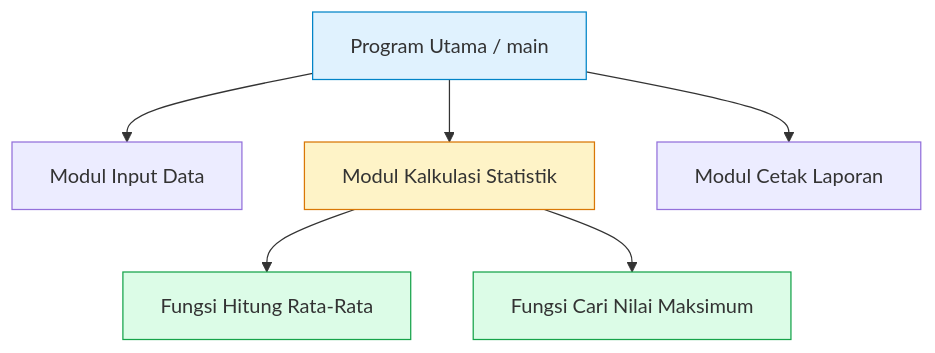
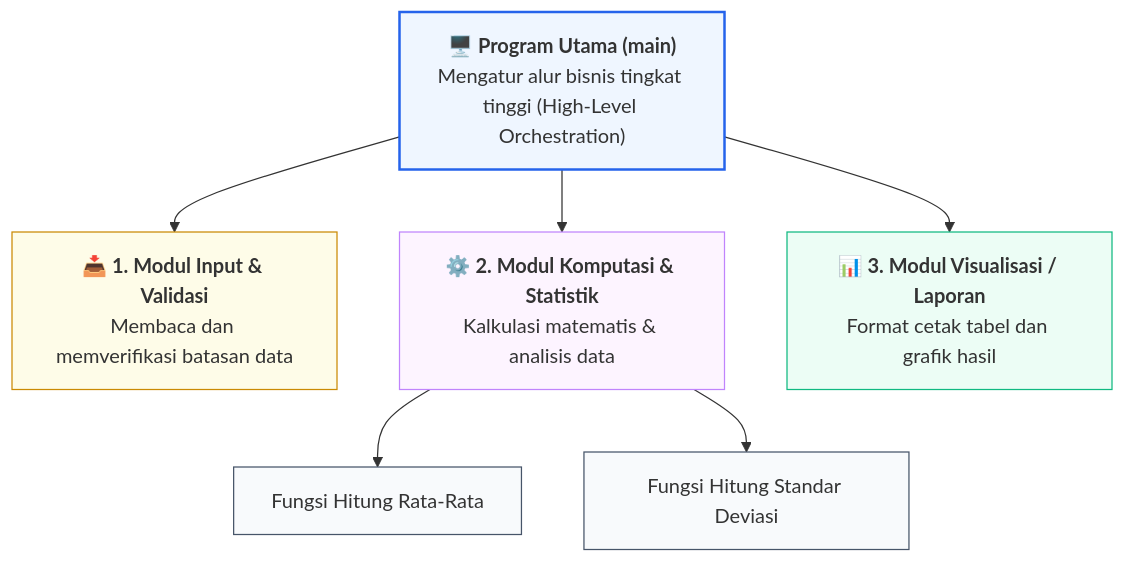
Before and after one commit to mahendaruui/Perkuliahan: the first of 3 diagrams in docs/algoritma-pemrograman/fungsi-prosedur.md, drawn with Mermaid. The commit also changed other lines of this file and 12 other files, not shown here.

````diff
--- a/docs/algoritma-pemrograman/fungsi-prosedur.md
+++ b/docs/algoritma-pemrograman/fungsi-prosedur.md
@@ -15,12 +18,18 @@
 ```mermaid
-graph TD
-    Main[Program Utama / main] --> Mod1[Modul Input Data]
-    Main --> Mod2[Modul Kalkulasi Statistik]
-    Main --> Mod3[Modul Cetak Laporan]
-    Mod2 --> Sub1[Fungsi Hitung Rata-Rata]
-    Mod2 --> Sub2[Fungsi Cari Nilai Maksimum]
-    style Main fill:#e0f2fe,stroke:#0284c7
-    style Mod2 fill:#fef3c7,stroke:#d97706
-    style Sub1 fill:#dcfce7,stroke:#16a34a
-    style Sub2 fill:#dcfce7,stroke:#16a34a
+flowchart TD
+    Main["🖥️ <b>Program Utama (main)</b><br>Mengatur alur bisnis tingkat tinggi (High-Level Orchestration)"]
+    --> ModInput["📥 <b>1. Modul Input & Validasi</b><br>Membaca dan memverifikasi batasan data"]
+    
+    Main --> ModCompute["⚙️ <b>2. Modul Komputasi & Statistik</b><br>Kalkulasi matematis & analisis data"]
+    --> SubAvg["Fungsi Hitung Rata-Rata"]
+    ModCompute --> SubDev["Fungsi Hitung Standar Deviasi"]
+
+    Main --> ModReport["📊 <b>3. Modul Visualisasi / Laporan</b><br>Format cetak tabel dan grafik hasil"]
+
+    style Main fill:#eff6ff,stroke:#2563eb,stroke-width:2px
+    style ModInput fill:#fefce8,stroke:#ca8a04,stroke-width:1px
+    style ModCompute fill:#fdf4ff,stroke:#c084fc,stroke-width:1px
+    style ModReport fill:#ecfdf5,stroke:#10b981,stroke-width:1px
+    style SubAvg fill:#f8fafc,stroke:#475569,stroke-width:1px
+    style SubDev fill:#f8fafc,stroke:#475569,stroke-width:1px
 ```
````
